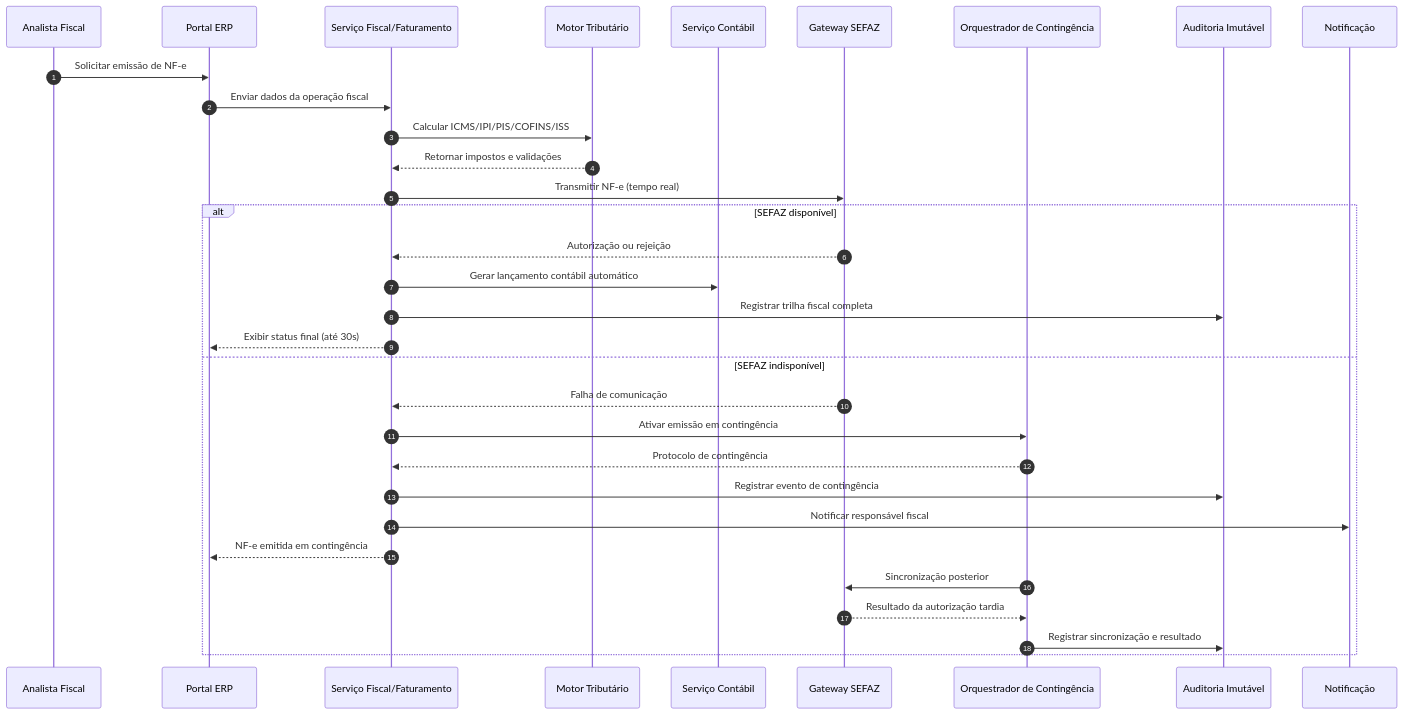
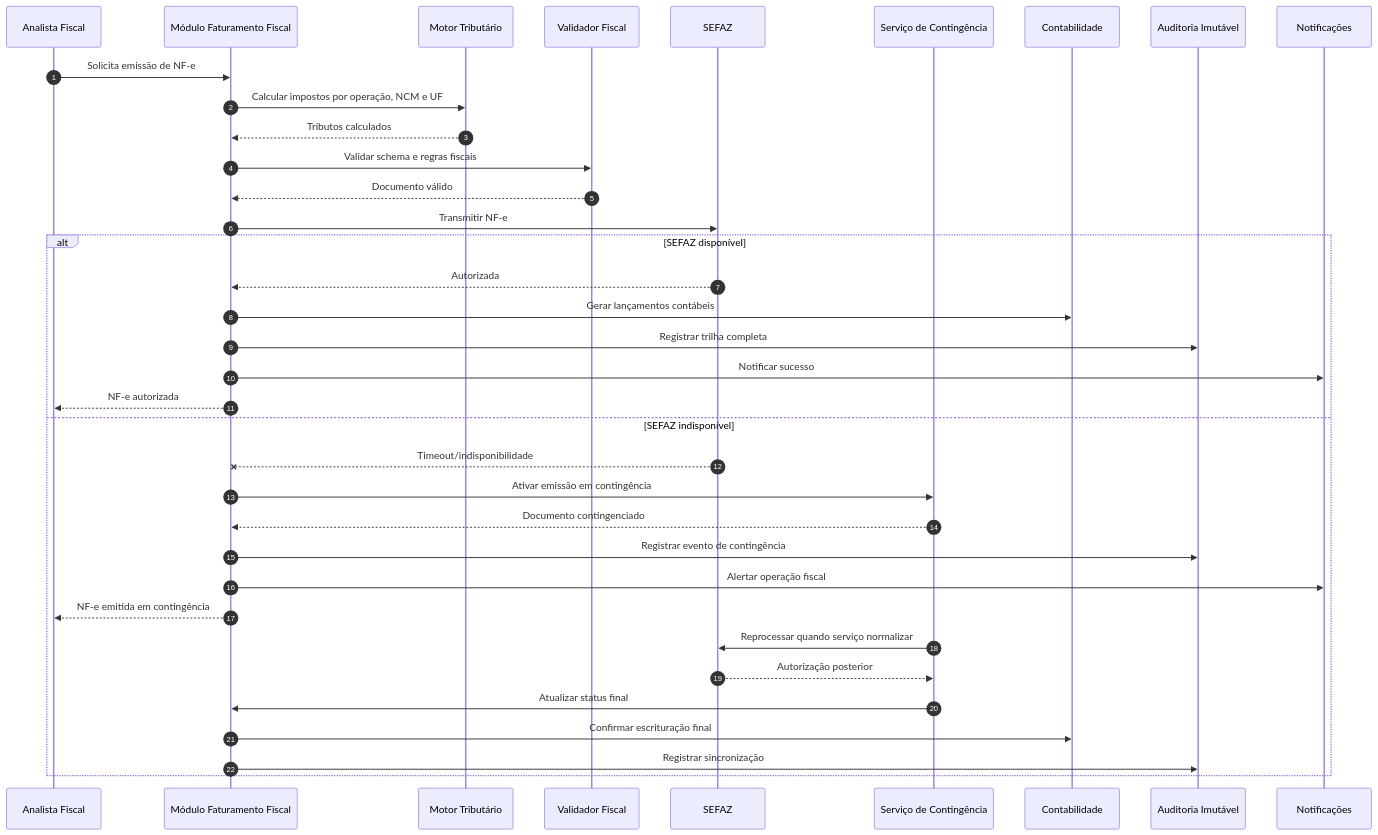
The second of 2 diagrams in docs/Time_2_Design/analise-qualitativa/outputs/relatorio_gpt_5_3_codex_G03.md (PDC-ESIA/AI4ES), drawn with Mermaid before and after one commit. The commit also changed other lines of this file and 93 other files, not shown here.

````diff
--- a/docs/Time_2_Design/analise-qualitativa/outputs/relatorio_gpt_5_3_codex_G03.md
+++ b/docs/Time_2_Design/analise-qualitativa/outputs/relatorio_gpt_5_3_codex_G03.md
@@ -81,35 +124,40 @@
 ```mermaid
 sequenceDiagram
     autonumber
     participant AF as Analista Fiscal
-    participant UI as Portal ERP
-    participant FAT as Serviço Fiscal/Faturamento
+    participant FAT as Módulo Faturamento Fiscal
     participant TRB as Motor Tributário
-    participant CTB as Serviço Contábil
-    participant SEF as Gateway SEFAZ
-    participant CNT as Orquestrador de Contingência
+    participant VAL as Validador Fiscal
+    participant SFA as SEFAZ
+    participant CTG as Serviço de Contingência
+    participant CNT as Contabilidade
     participant AUD as Auditoria Imutável
-    participant NT as Notificação
+    participant NTF as Notificações
 
-    AF->>UI: Solicitar emissão de NF-e
-    UI->>FAT: Enviar dados da operação fiscal
-    FAT->>TRB: Calcular ICMS/IPI/PIS/COFINS/ISS
-    TRB-->>FAT: Retornar impostos e validações
-    FAT->>SEF: Transmitir NF-e (tempo real)
+    AF->>FAT: Solicita emissão de NF-e
+    FAT->>TRB: Calcular impostos por operação, NCM e UF
+    TRB-->>FAT: Tributos calculados
+    FAT->>VAL: Validar schema e regras fiscais
+    VAL-->>FAT: Documento válido
+
+    FAT->>SFA: Transmitir NF-e
     alt SEFAZ disponível
-        SEF-->>FAT: Autorização ou rejeição
-        FAT->>CTB: Gerar lançamento contábil automático
-        FAT->>AUD: Registrar trilha fiscal completa
-        FAT-->>UI: Exibir status final (até 30s)
+        SFA-->>FAT: Autorizada
+        FAT->>CNT: Gerar lançamentos contábeis
+        FAT->>AUD: Registrar trilha completa
+        FAT->>NTF: Notificar sucesso
+        FAT-->>AF: NF-e autorizada
     else SEFAZ indisponível
-        SEF-->>FAT: Falha de comunicação
-        FAT->>CNT: Ativar emissão em contingência
-        CNT-->>FAT: Protocolo de contingência
+        SFA--x FAT: Timeout/indisponibilidade
+        FAT->>CTG: Ativar emissão em contingência
+        CTG-->>FAT: Documento contingenciado
         FAT->>AUD: Registrar evento de contingência
-        FAT->>NT: Notificar responsável fiscal
-        FAT-->>UI: NF-e emitida em contingência
-        CNT->>SEF: Sincronização posterior
-        SEF-->>CNT: Resultado da autorização tardia
-        CNT->>AUD: Registrar sincronização e resultado
+        FAT->>NTF: Alertar operação fiscal
+        FAT-->>AF: NF-e emitida em contingência
+        CTG->>SFA: Reprocessar quando serviço normalizar
+        SFA-->>CTG: Autorização posterior
+        CTG->>FAT: Atualizar status final
+        FAT->>CNT: Confirmar escrituração final
+        FAT->>AUD: Registrar sincronização
     end
 ```
````
